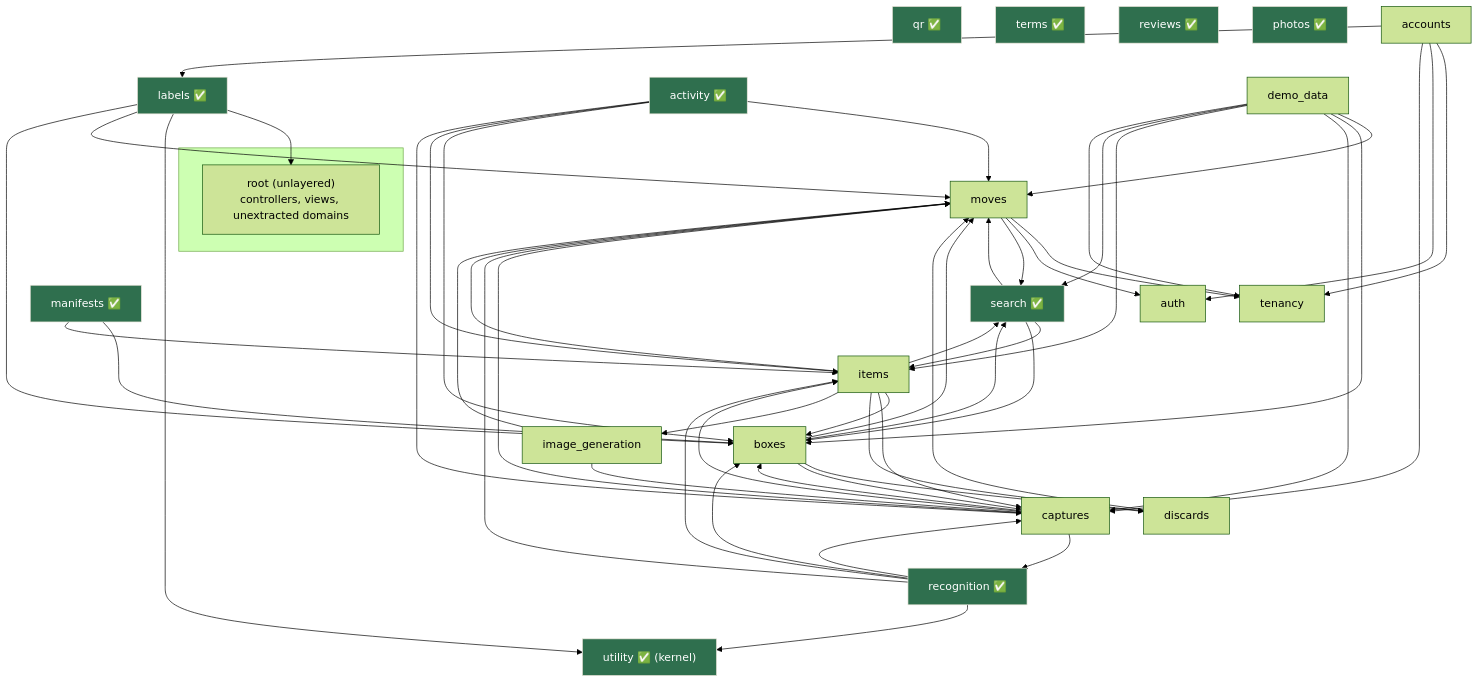
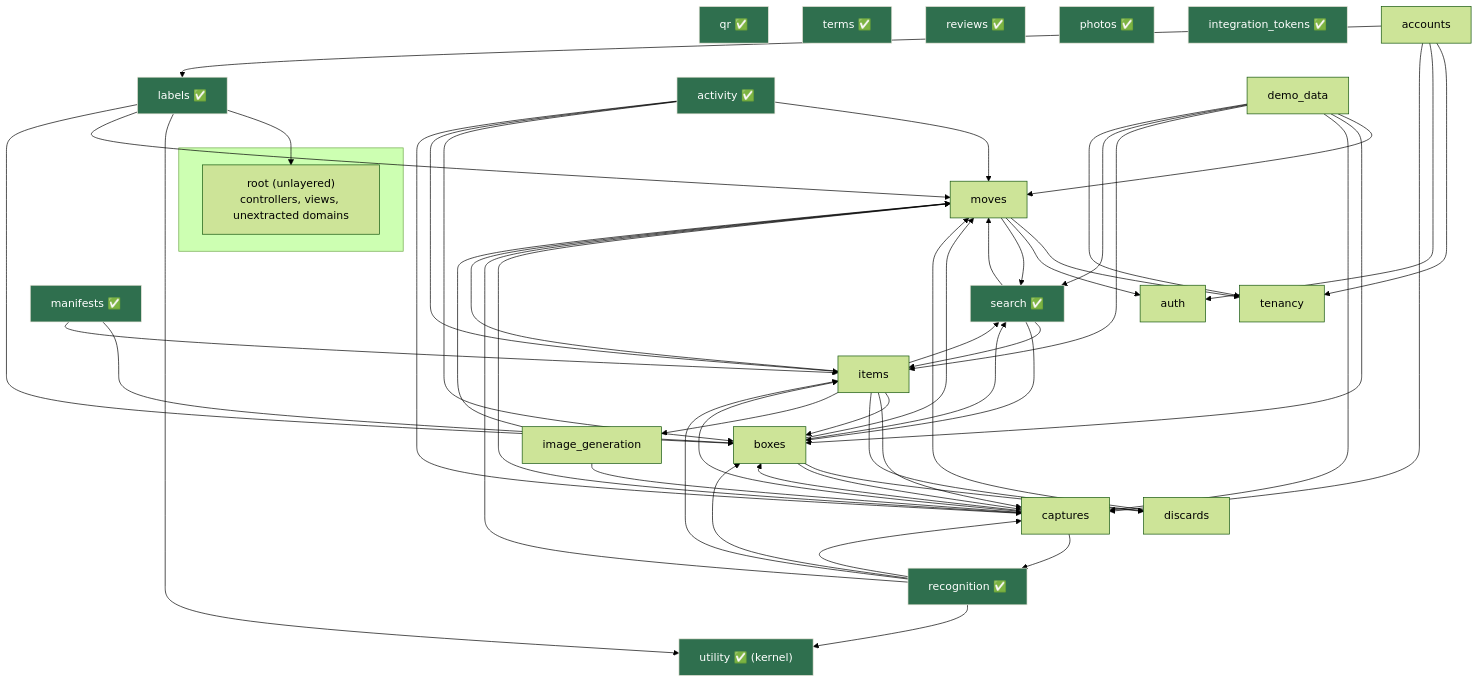
One commit to joel/move changed the diagram in doc/project/packwerk-boundaries.md. Above: the diagram before and after it, drawn with Mermaid (forest theme). The commit also changed 3 other files, not shown here.

Commit message:
docs(packwerk): mark move_integration_tokens as extracted

````diff
--- a/doc/project/packwerk-boundaries.md
+++ b/doc/project/packwerk-boundaries.md
@@ -154,45 +154,46 @@
 ```mermaid
 graph TD
     subgraph application [" "]
       root["root (unlayered)<br/>controllers, views, unextracted domains"]
     end
 
     labels["labels ✅"]
     utility["utility ✅ (kernel)"]
     boxes["boxes"]
     items["items"]
     moves["moves"]
     captures["captures"]
     recognition["recognition ✅"]
     search["search ✅"]
     image_gen["image_generation"]
     activity["activity ✅"]
     qr["qr ✅"]
     terms["terms ✅"]
     reviews["reviews ✅"]
     photos["photos ✅"]
+    integration_tokens["integration_tokens ✅"]
     manifests["manifests ✅"]
     discards["discards"]
     accounts["accounts"]
     demo["demo_data"]
     tenancy["tenancy"]
     auth["auth"]
 
     labels --> root & utility
     boxes --> moves & discards & search & captures
     items --> boxes & moves & captures & discards & image_gen & search
     captures --> moves & boxes & items & recognition
     recognition --> moves & boxes & items & captures & utility
     search --> moves & items & boxes
     moves --> tenancy & auth & search
     image_gen --> moves & captures
     activity --> moves & boxes & items & captures
     manifests --> boxes & items
     labels --> moves & boxes
     accounts --> tenancy & auth & captures & labels
     demo --> moves & boxes & captures & items & search & tenancy
     discards --> moves
 
     classDef done fill:#2f6f4e,stroke:#ECE7DC,color:#fff;
-    class labels,utility,manifests,search,recognition,activity,qr,terms,reviews,photos done;
+    class labels,utility,manifests,search,recognition,activity,qr,terms,reviews,photos,integration_tokens done;
 ```
````
